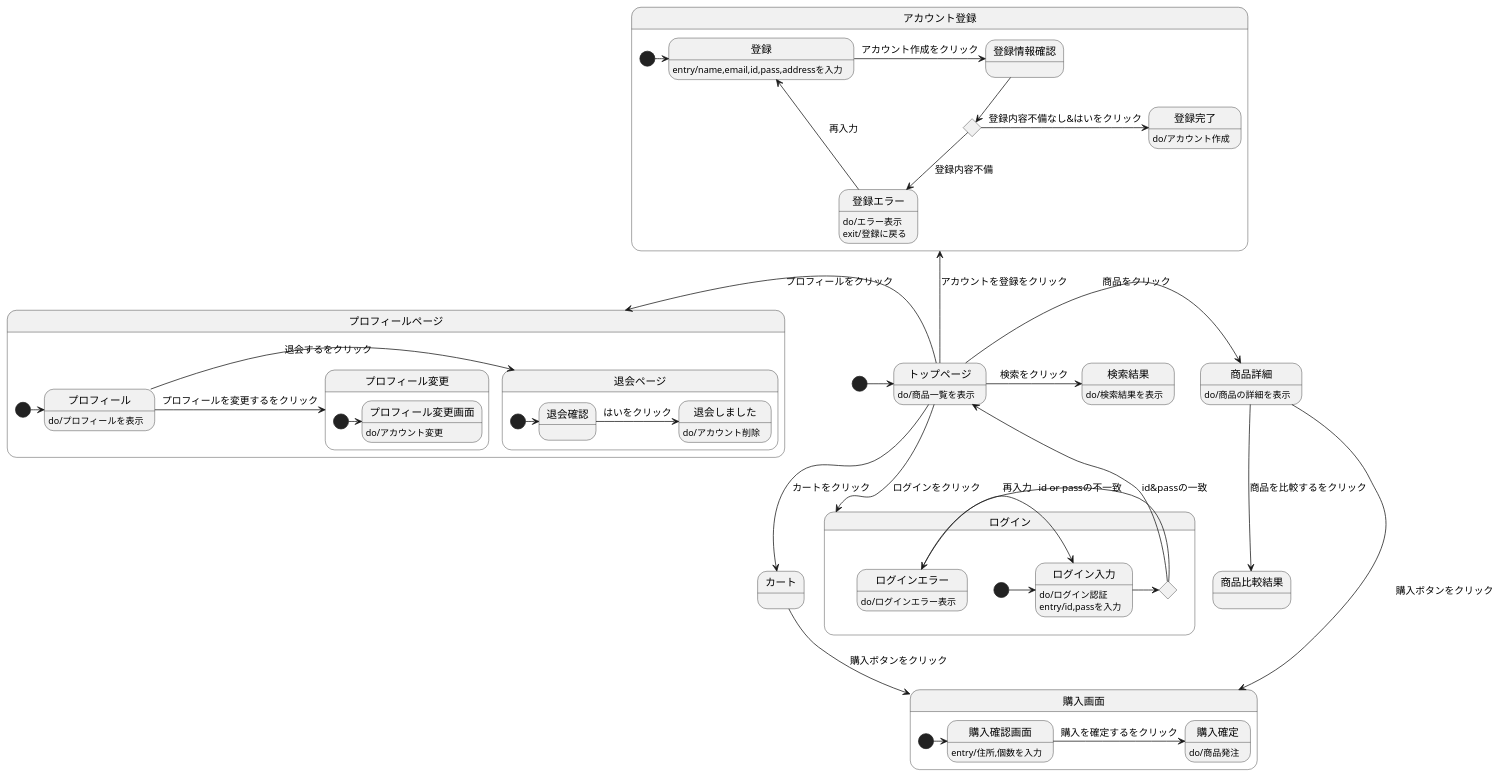
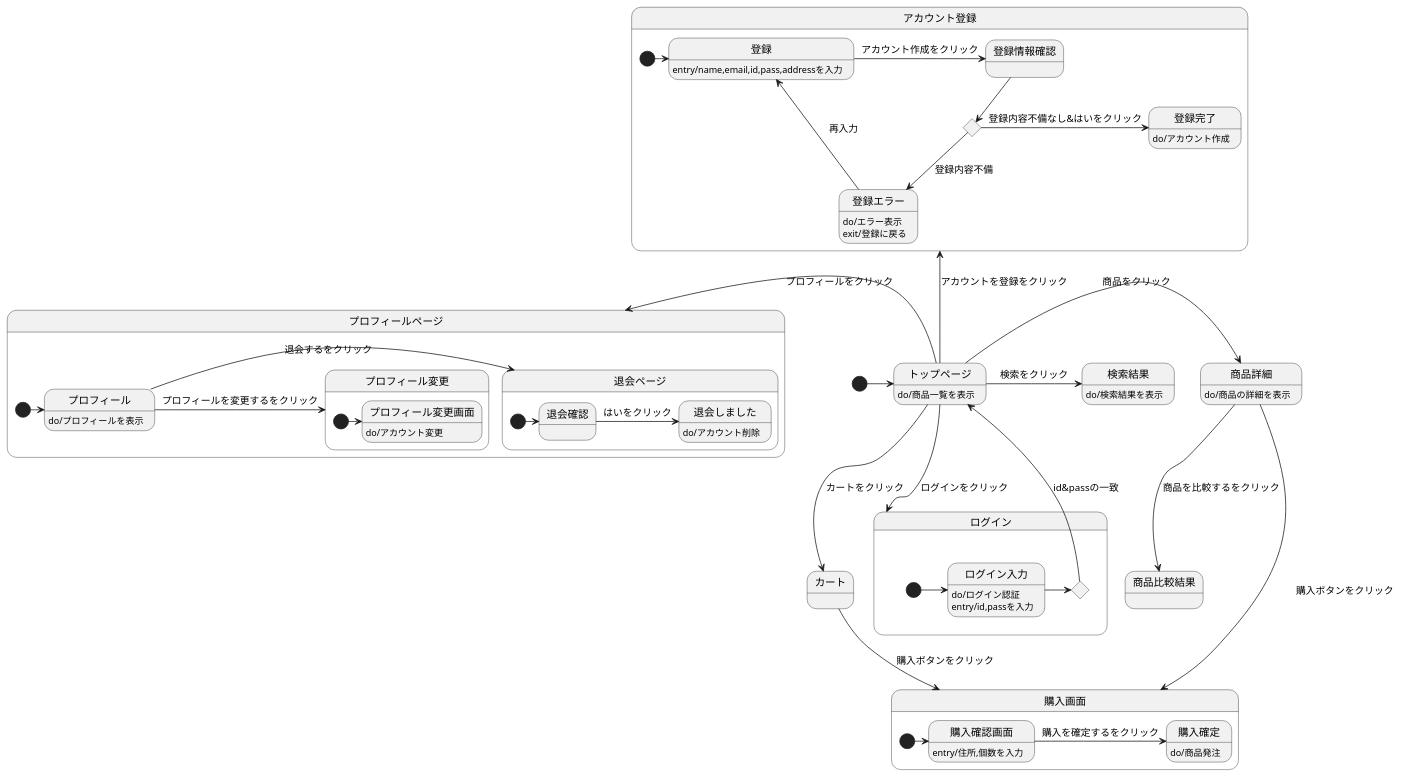
Before and after one commit to Aso2001159/2021sys-design: the diagram in stm01.md, drawn with PlantUML.

````diff
--- a/stm01.md
+++ b/stm01.md
@@ -1,64 +1,62 @@
 ```uml
 
 @startuml
 [*]->トップページ
 トップページ : do/商品一覧を表示
 トップページ->商品詳細 : 商品をクリック
   商品詳細 : do/商品の詳細を表示
   商品詳細 --> 商品比較結果 : 商品を比較するをクリック
   商品詳細-> 購入画面 :　購入ボタンをクリック
 トップページ-down->ログイン :ログインをクリック
 state ログイン{
   state r確認 <<choice>>
   [*] -> ログイン入力 
   ログイン入力 : do/ログイン認証
   ログイン入力 : entry/id,passを入力
   ログイン入力 -> r確認
   r確認 -> トップページ : id&passの一致
-  r確認 -> ログインエラー : id or passの不一致
-    ログインエラー :do/ログインエラー表示
-  ログインエラー -> ログイン入力 : 再入力
+
 }
 トップページ-->カート :カートをクリック
 カート --> 購入画面 : 購入ボタンをクリック
 state 購入画面{
   [*]-> 購入確認画面
   購入確認画面 : entry/住所,個数を入力
   購入確認画面 -> 購入確定 : 購入を確定するをクリック
   購入確定 : do/商品発注
 }
 state アカウント登録{
 [*]-> 登録 
   トップページ-up-> アカウント登録 :アカウントを登録をクリック
   state t確認 <<choice>>
   登録 : entry/name,email,id,pass,addressを入力
   登録 ->登録情報確認: アカウント作成をクリック
   登録情報確認 --> t確認 
   t確認 --> 登録エラー : 登録内容不備
     登録エラー : do/エラー表示
     登録エラー : exit/登録に戻る
    登録エラー -> 登録 : 再入力
   t確認 -> 登録完了: 登録内容不備なし&はいをクリック
     登録完了: do/アカウント作成
   }
 トップページ->検索結果 :検索をクリック
   検索結果 : do/検索結果を表示
 トップページ-left->プロフィールページ :プロフィールをクリック
 state プロフィールページ{
 [*] -> プロフィール
 プロフィール : do/プロフィールを表示
   プロフィール ->退会ページ :退会するをクリック
   state 退会ページ{
     [*]-> 退会確認 
     退会確認-> 退会しました : はいをクリック
       退会しました : do/アカウント削除
     }
     プロフィール -> プロフィール変更 : プロフィールを変更するをクリック
     state プロフィール変更{
       [*]-> プロフィール変更画面
       プロフィール変更画面 : do/アカウント変更
     }
  }
 @enduml
 
 ```
````
